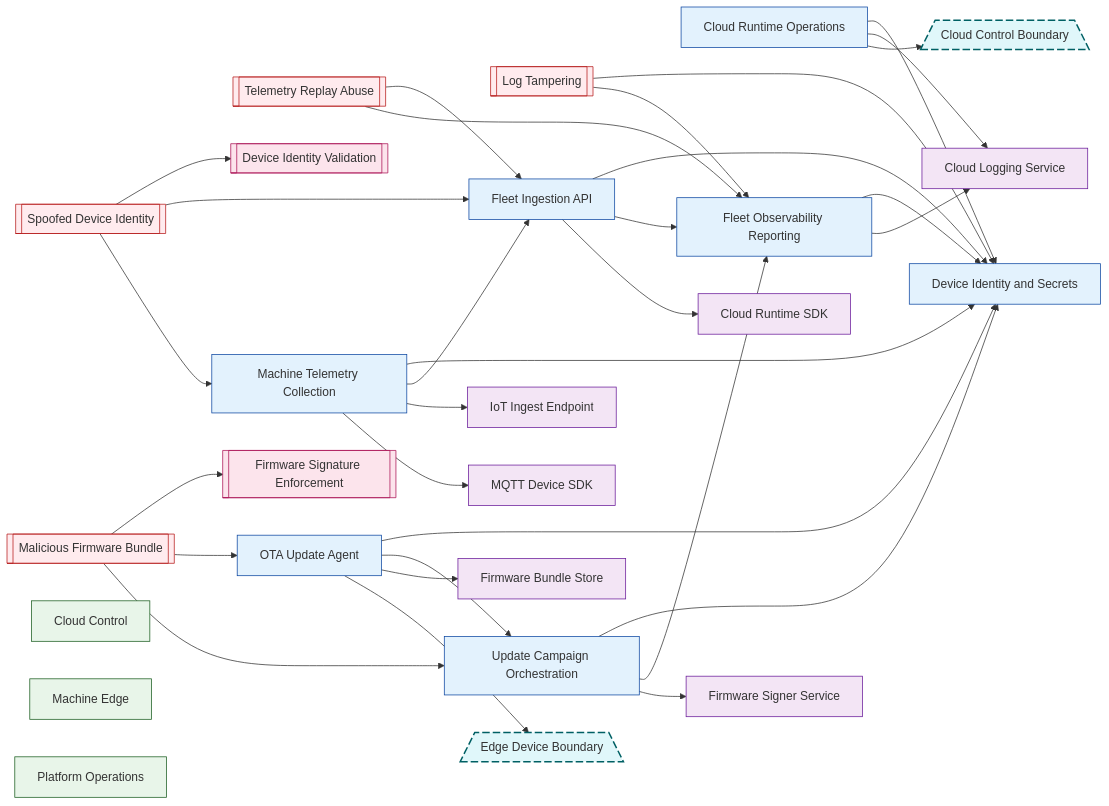
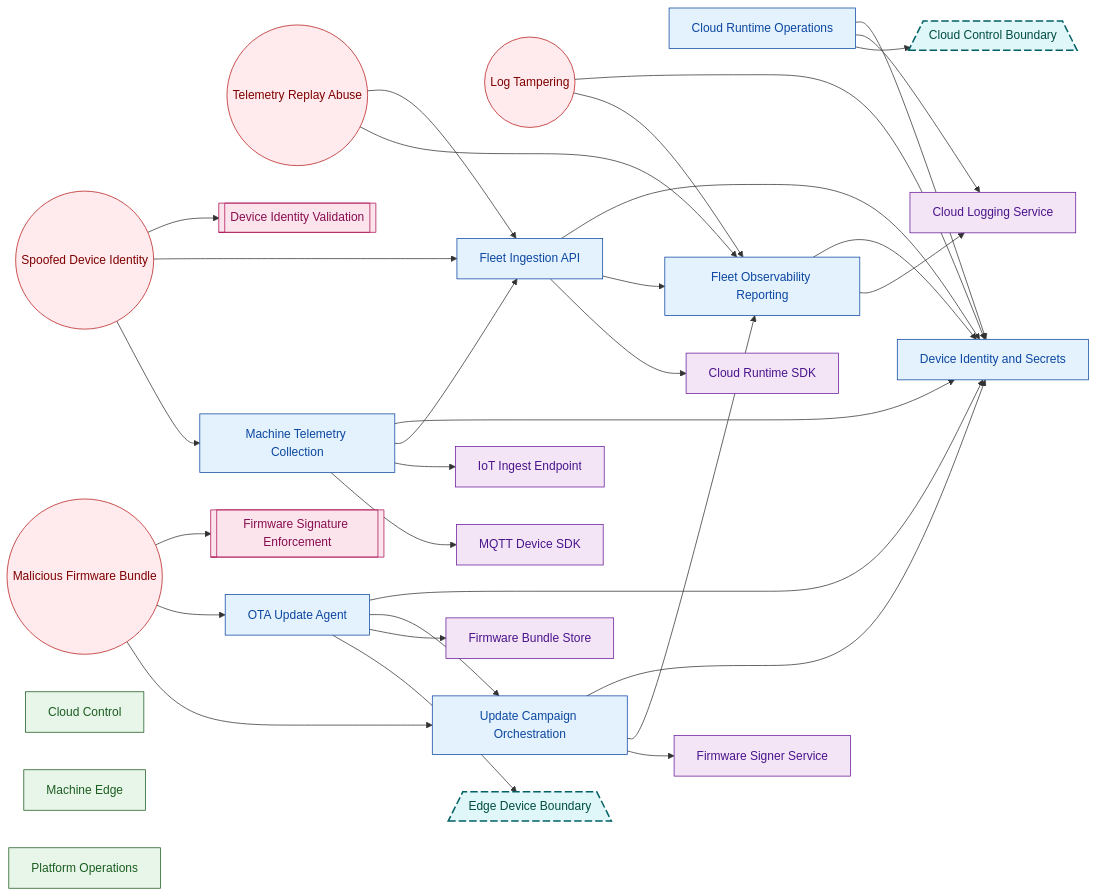
Before and after one commit to labeth/engineering-model-go: the diagram in examples/coffee-fleet-ota-cloud-sample/generated/VIEW-SECURITY.mmd, drawn with Mermaid. The commit also changed 66 other files, not shown here.

Commit message:
Add first-class architecture decision records

```diff
--- a/examples/coffee-fleet-ota-cloud-sample/generated/VIEW-SECURITY.mmd
+++ b/examples/coffee-fleet-ota-cloud-sample/generated/VIEW-SECURITY.mmd
@@ -1,70 +1,76 @@
 flowchart LR
 %% view: VIEW-SECURITY (security)
-N_AV_LOG_TAMPERING[["Log Tampering"]]:::attack_vector
-N_AV_MALICIOUS_FIRMWARE_BUNDLE[["Malicious Firmware Bundle"]]:::attack_vector
-N_AV_SPOOFED_DEVICE_IDENTITY[["Spoofed Device Identity"]]:::attack_vector
-N_AV_TELEMETRY_REPLAY_ABUSE[["Telemetry Replay Abuse"]]:::attack_vector
+N_AV_LOG_TAMPERING(("Log Tampering")):::attack_vector
+N_AV_MALICIOUS_FIRMWARE_BUNDLE(("Malicious Firmware Bundle")):::attack_vector
+N_AV_SPOOFED_DEVICE_IDENTITY(("Spoofed Device Identity")):::attack_vector
+N_AV_TELEMETRY_REPLAY_ABUSE(("Telemetry Replay Abuse")):::attack_vector
 N_CTRL_COFFEE_DEVICE_IDENTITY[["Device Identity Validation"]]:::control
 N_CTRL_COFFEE_FIRMWARE_SIGNATURE[["Firmware Signature Enforcement"]]:::control
 N_FG_CLOUD_CONTROL["Cloud Control"]:::functional_group
 N_FG_MACHINE_EDGE["Machine Edge"]:::functional_group
 N_FG_PLATFORM_OPERATIONS["Platform Operations"]:::functional_group
 N_FU_CLOUD_RUNTIME_OPERATIONS["Cloud Runtime Operations"]:::functional_unit
 N_FU_DEVICE_IDENTITY_SECRETS["Device Identity and Secrets"]:::functional_unit
 N_FU_FLEET_INGESTION_API["Fleet Ingestion API"]:::functional_unit
 N_FU_FLEET_OBSERVABILITY_REPORTING["Fleet Observability Reporting"]:::functional_unit
 N_FU_MACHINE_TELEMETRY_COLLECTION["Machine Telemetry Collection"]:::functional_unit
 N_FU_OTA_UPDATE_AGENT["OTA Update Agent"]:::functional_unit
 N_FU_UPDATE_CAMPAIGN_ORCHESTRATION["Update Campaign Orchestration"]:::functional_unit
 N_REF_CLOUD_LOGGING_SERVICE["Cloud Logging Service"]:::referenced_element
 N_REF_CLOUD_RUNTIME_SDK["Cloud Runtime SDK"]:::referenced_element
 N_REF_FIRMWARE_BUNDLE_STORE["Firmware Bundle Store"]:::referenced_element
 N_REF_FIRMWARE_SIGNER_SERVICE["Firmware Signer Service"]:::referenced_element
 N_REF_IOT_INGEST_ENDPOINT["IoT Ingest Endpoint"]:::referenced_element
 N_REF_MQTT_DEVICE_SDK["MQTT Device SDK"]:::referenced_element
 N_TB_COFFEE_CLOUD_CONTROL[/"Cloud Control Boundary"\]:::trust_boundary
 N_TB_COFFEE_EDGE_DEVICE[/"Edge Device Boundary"\]:::trust_boundary
 N_AV_LOG_TAMPERING --> N_FU_DEVICE_IDENTITY_SECRETS
 N_AV_LOG_TAMPERING --> N_FU_FLEET_OBSERVABILITY_REPORTING
 N_AV_MALICIOUS_FIRMWARE_BUNDLE --> N_CTRL_COFFEE_FIRMWARE_SIGNATURE
 N_AV_MALICIOUS_FIRMWARE_BUNDLE --> N_FU_OTA_UPDATE_AGENT
 N_AV_MALICIOUS_FIRMWARE_BUNDLE --> N_FU_UPDATE_CAMPAIGN_ORCHESTRATION
 N_AV_SPOOFED_DEVICE_IDENTITY --> N_CTRL_COFFEE_DEVICE_IDENTITY
 N_AV_SPOOFED_DEVICE_IDENTITY --> N_FU_FLEET_INGESTION_API
 N_AV_SPOOFED_DEVICE_IDENTITY --> N_FU_MACHINE_TELEMETRY_COLLECTION
 N_AV_TELEMETRY_REPLAY_ABUSE --> N_FU_FLEET_INGESTION_API
 N_AV_TELEMETRY_REPLAY_ABUSE --> N_FU_FLEET_OBSERVABILITY_REPORTING
 N_FU_CLOUD_RUNTIME_OPERATIONS --> N_FU_DEVICE_IDENTITY_SECRETS
 N_FU_CLOUD_RUNTIME_OPERATIONS --> N_REF_CLOUD_LOGGING_SERVICE
 N_FU_CLOUD_RUNTIME_OPERATIONS --> N_TB_COFFEE_CLOUD_CONTROL
 N_FU_FLEET_INGESTION_API --> N_FU_DEVICE_IDENTITY_SECRETS
 N_FU_FLEET_INGESTION_API --> N_FU_FLEET_OBSERVABILITY_REPORTING
 N_FU_FLEET_INGESTION_API --> N_REF_CLOUD_RUNTIME_SDK
 N_FU_FLEET_OBSERVABILITY_REPORTING --> N_FU_DEVICE_IDENTITY_SECRETS
 N_FU_FLEET_OBSERVABILITY_REPORTING --> N_REF_CLOUD_LOGGING_SERVICE
 N_FU_MACHINE_TELEMETRY_COLLECTION --> N_FU_DEVICE_IDENTITY_SECRETS
 N_FU_MACHINE_TELEMETRY_COLLECTION --> N_FU_FLEET_INGESTION_API
 N_FU_MACHINE_TELEMETRY_COLLECTION --> N_REF_IOT_INGEST_ENDPOINT
 N_FU_MACHINE_TELEMETRY_COLLECTION --> N_REF_MQTT_DEVICE_SDK
 N_FU_OTA_UPDATE_AGENT --> N_FU_DEVICE_IDENTITY_SECRETS
 N_FU_OTA_UPDATE_AGENT --> N_FU_UPDATE_CAMPAIGN_ORCHESTRATION
 N_FU_OTA_UPDATE_AGENT --> N_REF_FIRMWARE_BUNDLE_STORE
 N_FU_OTA_UPDATE_AGENT --> N_TB_COFFEE_EDGE_DEVICE
 N_FU_UPDATE_CAMPAIGN_ORCHESTRATION --> N_FU_DEVICE_IDENTITY_SECRETS
 N_FU_UPDATE_CAMPAIGN_ORCHESTRATION --> N_FU_FLEET_OBSERVABILITY_REPORTING
 N_FU_UPDATE_CAMPAIGN_ORCHESTRATION --> N_REF_FIRMWARE_SIGNER_SERVICE
-classDef functional_group fill:#e8f5e9,stroke:#1b5e20,stroke-width:1px;
-classDef functional_unit fill:#e3f2fd,stroke:#0d47a1,stroke-width:1px;
-classDef actor fill:#fff8e1,stroke:#ef6c00,stroke-width:1px;
-classDef attack_vector fill:#ffebee,stroke:#b71c1c,stroke-width:1px;
-classDef referenced_element fill:#f3e5f5,stroke:#6a1b9a,stroke-width:1px;
-classDef interface fill:#e8f5e9,stroke:#2e7d32,stroke-width:2px,stroke-dasharray: 6 3;
-classDef data_object fill:#fff3e0,stroke:#ef6c00,stroke-width:2px,stroke-dasharray: 2 2;
-classDef deployment_target fill:#ede7f6,stroke:#5e35b1,stroke-width:1px;
-classDef control fill:#fce4ec,stroke:#ad1457,stroke-width:1px;
-classDef trust_boundary fill:#e0f7fa,stroke:#006064,stroke-width:2px,stroke-dasharray: 10 4;
-classDef state fill:#e1f5fe,stroke:#0277bd,stroke-width:1px;
-classDef event fill:#fffde7,stroke:#f9a825,stroke-width:1px;
-classDef flow fill:#ede7f6,stroke:#4527a0,stroke-width:2px;
-classDef flow_step fill:#f1f8e9,stroke:#33691e,stroke-width:2px;
-classDef unknown fill:#ffffff,stroke:#adb5bd,stroke-width:1px;
+classDef system_boundary fill:#f5f5f5,stroke:#424242,stroke-width:2px,color:#212121;
+classDef functional_group fill:#e8f5e9,stroke:#1b5e20,stroke-width:1px,color:#1b5e20;
+classDef functional_unit fill:#e3f2fd,stroke:#0d47a1,stroke-width:1px,color:#0d47a1;
+classDef actor fill:#fff8e1,stroke:#ef6c00,stroke-width:1px,color:#bf360c;
+classDef attack_vector fill:#ffebee,stroke:#b71c1c,stroke-width:1px,color:#7f0000;
+classDef referenced_element fill:#f3e5f5,stroke:#6a1b9a,stroke-width:1px,color:#4a148c;
+classDef interface fill:#e8f5e9,stroke:#2e7d32,stroke-width:2px,stroke-dasharray: 6 3,color:#1b5e20;
+classDef data_object fill:#fff3e0,stroke:#ef6c00,stroke-width:2px,stroke-dasharray: 2 2,color:#e65100;
+classDef deployment_target fill:#ede7f6,stroke:#5e35b1,stroke-width:1px,color:#4527a0;
+classDef control fill:#fce4ec,stroke:#ad1457,stroke-width:1px,color:#880e4f;
+classDef trust_boundary fill:#e0f7fa,stroke:#006064,stroke-width:2px,stroke-dasharray: 10 4,color:#004d40;
+classDef state fill:#e1f5fe,stroke:#0277bd,stroke-width:1px,color:#01579b;
+classDef event fill:#fffde7,stroke:#f9a825,stroke-width:1px,color:#f57f17;
+classDef flow fill:#ede7f6,stroke:#4527a0,stroke-width:2px,color:#311b92;
+classDef flow_step fill:#f1f8e9,stroke:#33691e,stroke-width:2px,color:#1b5e20;
+classDef requirement fill:#fffde7,stroke:#f9a825,stroke-width:1px,color:#7f6000;
+classDef verification fill:#fce4ec,stroke:#ad1457,stroke-width:1px,color:#880e4f;
+classDef runtime_element fill:#b2ebf2,stroke:#00838f,stroke-width:1px,color:#006064;
+classDef deployment_element fill:#d7ccc8,stroke:#4e342e,stroke-width:1px,color:#2f1b14;
+classDef code_element fill:#eceff1,stroke:#37474f,stroke-width:1px,color:#263238;
+classDef unknown fill:#ffffff,stroke:#adb5bd,stroke-width:1px,color:#4f5b62;
```
